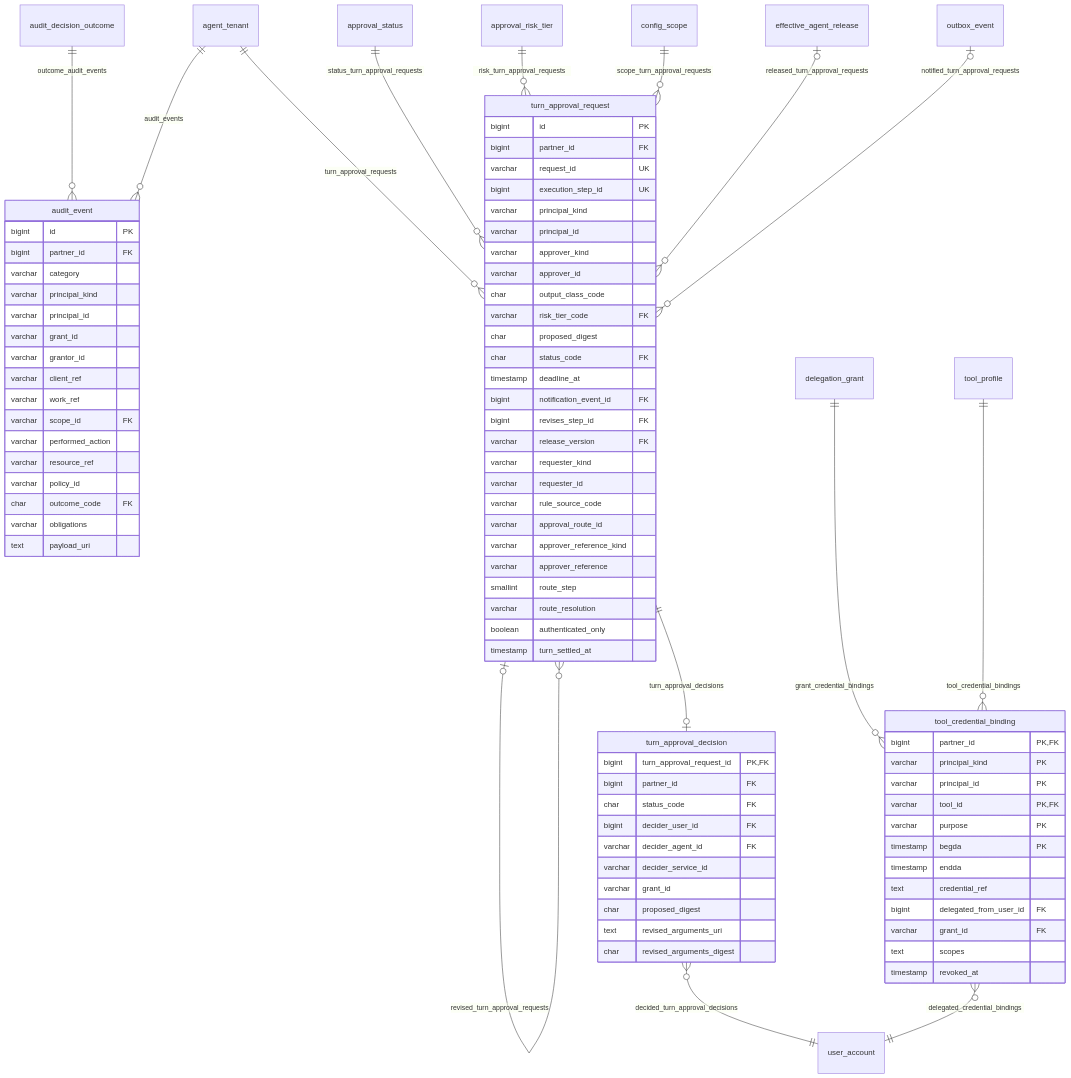
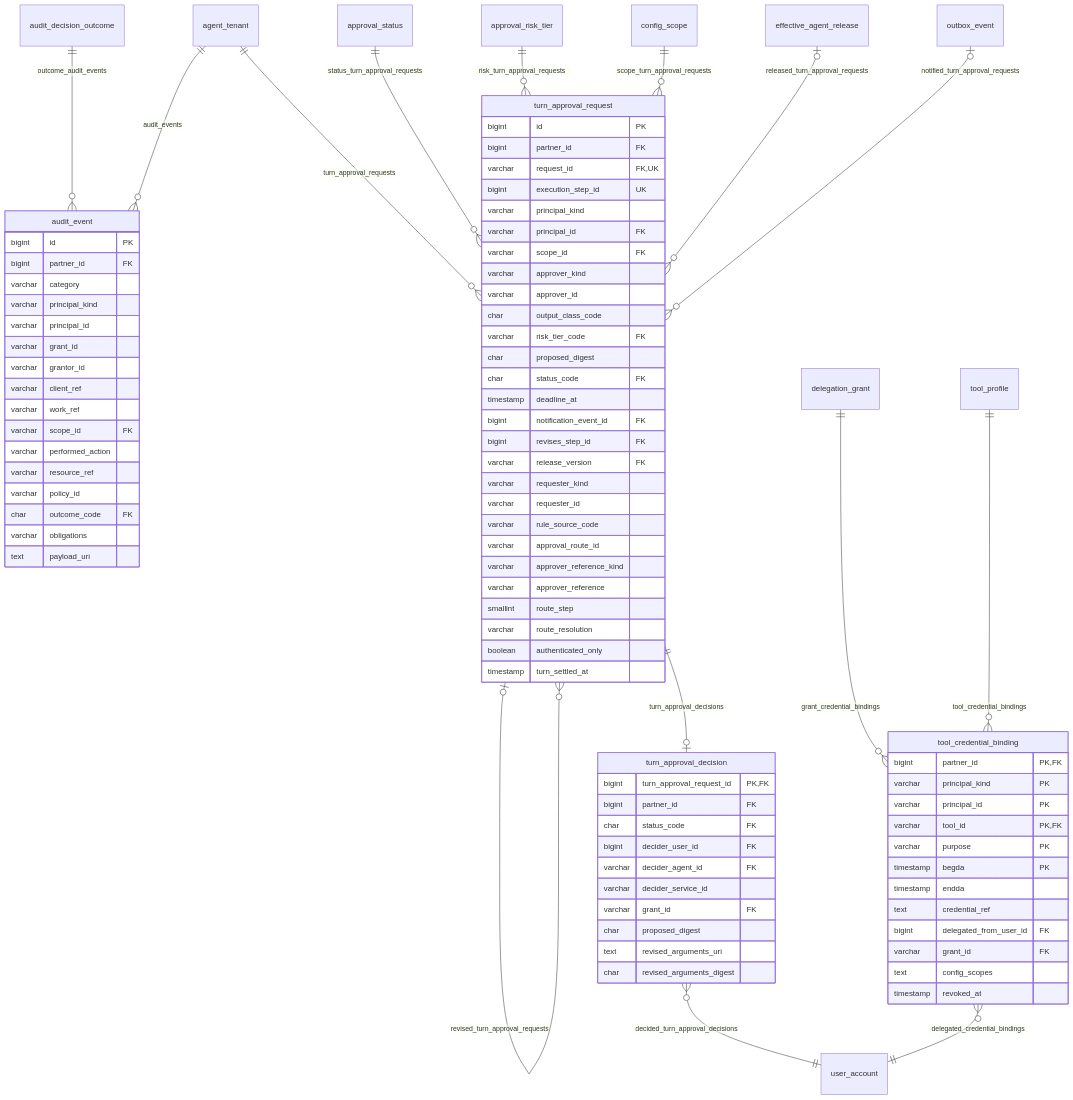
One commit to nauticana/scout changed diagram 12 of 24 in doc/database.md. Above: the diagram before and after it, drawn with Mermaid. The commit also changed other lines of this file and 84 other files, not shown here.

```diff
--- a/doc/database.md
+++ b/doc/database.md
@@ -1245,10 +1268,11 @@
     turn_approval_request {
         bigint id PK
         bigint partner_id FK
-        varchar request_id UK
+        varchar request_id FK,UK
         bigint execution_step_id UK
         varchar principal_kind
-        varchar principal_id
+        varchar principal_id FK
+        varchar scope_id FK
         varchar approver_kind
         varchar approver_id
         char output_class_code
@@ -1277,7 +1301,7 @@
         bigint decider_user_id FK
         varchar decider_agent_id FK
         varchar decider_service_id
-        varchar grant_id
+        varchar grant_id FK
         char proposed_digest
         text revised_arguments_uri
         char revised_arguments_digest
@@ -1293,7 +1317,7 @@
         text credential_ref
         bigint delegated_from_user_id FK
         varchar grant_id FK
-        text scopes
+        text config_scopes
         timestamp revoked_at
     }
     audit_event {
```
